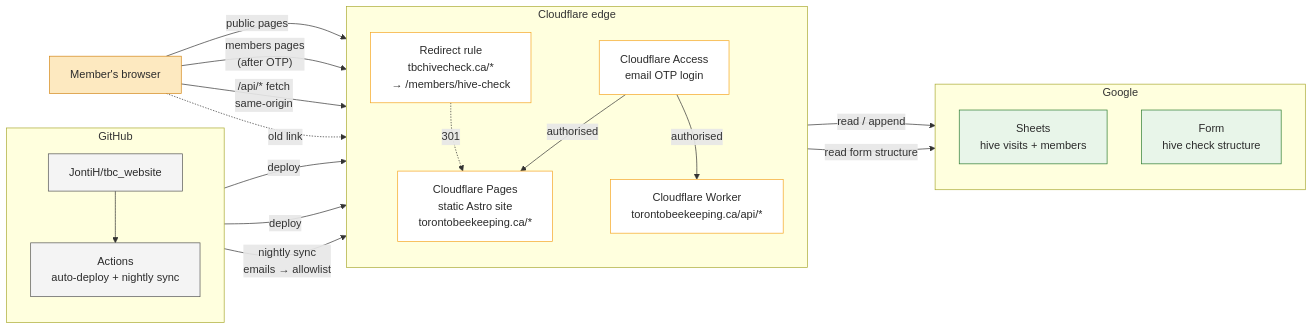
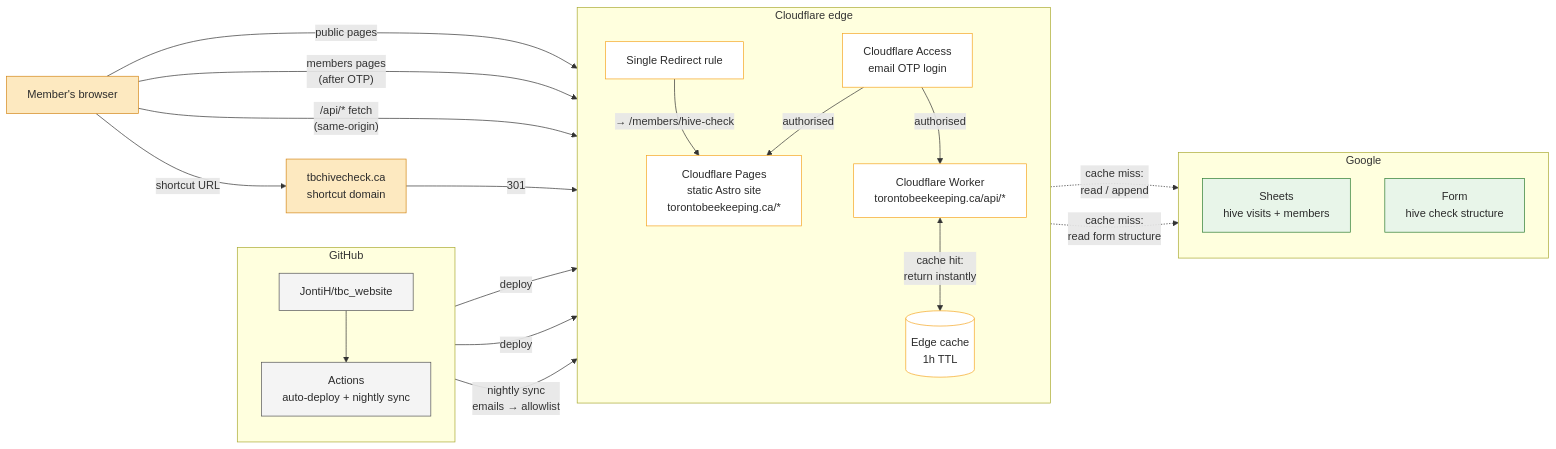
One commit to JontiH/tbc_website changed the diagram in README.md. Above: the diagram before and after it, drawn with Mermaid.

Commit message:
Clarify diagram: rename 'old link' to 'shortcut URL', show edge cache
The tbchivecheck.ca path was labelled 'old link' which was misleading;
it's the active shortcut domain members use to reach the hive check
form. Promote it to a first-class node in the diagram with a clear
'shortcut URL' label.

Also add the 1-hour edge cache node so the diagram answers the
'when does the Worker actually call Google?' question at a glance:
solid line on cache hit (the common case), dotted line on miss
(only when the cache entry has expired).

````diff
--- a/README.md
+++ b/README.md
@@ -44,48 +44,52 @@
 ```mermaid
 flowchart LR
     U["Member's browser"]
+    SC["tbchivecheck.ca<br/>shortcut domain"]
 
     subgraph CF["Cloudflare edge"]
         direction TB
         ACC["Cloudflare Access<br/>email OTP login"]
         PAGES["Cloudflare Pages<br/>static Astro site<br/>torontobeekeeping.ca/*"]
         WORK["Cloudflare Worker<br/>torontobeekeeping.ca/api/*"]
-        REDIR["Redirect rule<br/>tbchivecheck.ca/*<br/>→ /members/hive-check"]
+        CACHE[("Edge cache<br/>1h TTL")]
+        REDIR["Single Redirect rule"]
     end
 
     subgraph Google["Google"]
         direction TB
         SHEET["Sheets<br/>hive visits + members"]
         FORM["Form<br/>hive check structure"]
     end
 
     subgraph GH["GitHub"]
         direction TB
         REPO["JontiH/tbc_website"]
         CI["Actions<br/>auto-deploy + nightly sync"]
     end
 
     U -->|"public pages"| PAGES
     U -->|"members pages<br/>(after OTP)"| ACC
     ACC -->|"authorised"| PAGES
-    U -->|"/api/* fetch<br/>same-origin"| ACC
+    U -->|"/api/* fetch<br/>(same-origin)"| ACC
     ACC -->|"authorised"| WORK
-    WORK -->|"read / append"| SHEET
-    WORK -->|"read form structure"| FORM
-    U -.->|"old link"| REDIR
-    REDIR -.->|"301"| PAGES
+    WORK <-->|"cache hit:<br/>return instantly"| CACHE
+    WORK -.->|"cache miss:<br/>read / append"| SHEET
+    WORK -.->|"cache miss:<br/>read form structure"| FORM
+    U -->|"shortcut URL"| SC
+    SC -->|"301"| REDIR
+    REDIR -->|"→ /members/hive-check"| PAGES
 
     REPO --> CI
     CI -->|"deploy"| PAGES
     CI -->|"deploy"| WORK
     CI -->|"nightly sync<br/>emails → allowlist"| ACC
 
     classDef user fill:#FDE9C0,stroke:#D4881A,color:#2B2B2B
     classDef cf fill:#fff,stroke:#F5A623,color:#2B2B2B
     classDef ext fill:#E8F5E9,stroke:#2E7D32,color:#2B2B2B
     classDef gh fill:#f4f4f4,stroke:#555,color:#2B2B2B
-    class U user
-    class PAGES,WORK,ACC,REDIR cf
+    class U,SC user
+    class PAGES,WORK,ACC,REDIR,CACHE cf
     class SHEET,FORM ext
     class REPO,CI gh
 ```
````
